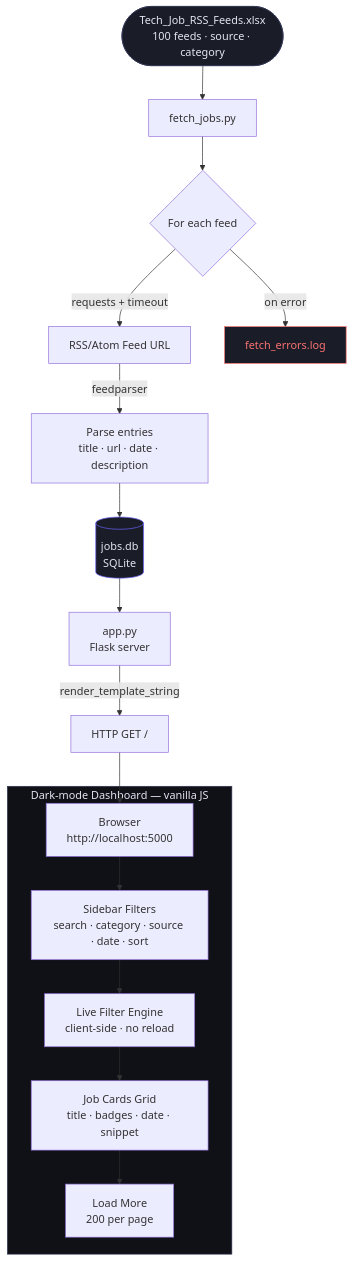
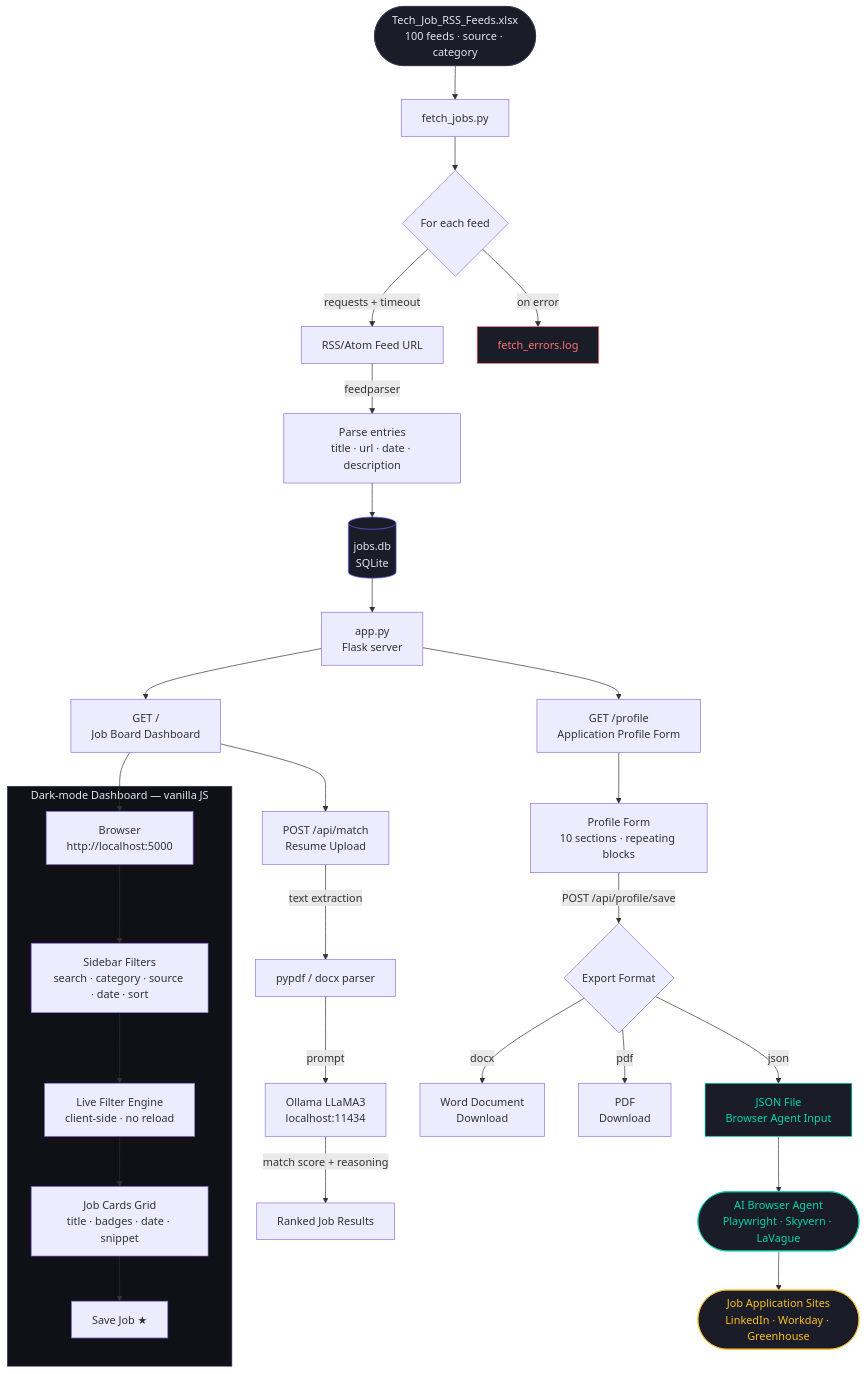
The diagram in README.md (ekuelkpodar/JobAgents), drawn with Mermaid before and after one commit. The commit also changed other lines of this file and 2 other files, not shown here.

First line of the commit message:
Add AI resume matching, application profile, and auto-apply features

````diff
--- a/README.md
+++ b/README.md
@@ -88,27 +113,46 @@
 ```mermaid
 flowchart TD
     A([Tech_Job_RSS_Feeds.xlsx\n100 feeds · source · category]) --> B[fetch_jobs.py]
 
     B --> C{For each feed}
     C -->|requests + timeout| D[RSS/Atom Feed URL]
     D -->|feedparser| E[Parse entries\ntitle · url · date · description]
     E --> F[(jobs.db\nSQLite)]
     C -->|on error| G[fetch_errors.log]
 
     F --> H[app.py\nFlask server]
-    H -->|render_template_string| I[HTTP GET /]
+
+    H --> I[GET /\nJob Board Dashboard]
+    H --> I2[GET /profile\nApplication Profile Form]
 
     I --> J[Browser\nhttp://localhost:5000]
 
     subgraph Dashboard [Dark-mode Dashboard — vanilla JS]
         J --> K[Sidebar Filters\nsearch · category · source · date · sort]
         K --> L[Live Filter Engine\nclient-side · no reload]
         L --> M[Job Cards Grid\ntitle · badges · date · snippet]
-        M --> N[Load More\n200 per page]
+        M --> N[Save Job ★]
     end
+
+    I --> O[POST /api/match\nResume Upload]
+    O -->|text extraction| P[pypdf / docx parser]
+    P -->|prompt| Q[Ollama LLaMA3\nlocalhost:11434]
+    Q -->|match score + reasoning| R[Ranked Job Results]
+
+    I2 --> S[Profile Form\n10 sections · repeating blocks]
+    S -->|POST /api/profile/save| T{Export Format}
+    T -->|docx| U[Word Document\nDownload]
+    T -->|pdf| V[PDF\nDownload]
+    T -->|json| W[JSON File\nBrowser Agent Input]
+
+    W --> X([AI Browser Agent\nPlaywright · Skyvern · LaVague])
+    X --> Y([Job Application Sites\nLinkedIn · Workday · Greenhouse])
 
     style A fill:#1a1d27,color:#e2e4f0,stroke:#2e3350
     style F fill:#1a1d27,color:#e2e4f0,stroke:#6c63ff
     style Dashboard fill:#0f1117,color:#e2e4f0,stroke:#2e3350
     style G fill:#1a1d27,color:#f87171,stroke:#f87171
+    style W fill:#1a1d27,color:#00d4aa,stroke:#00d4aa
+    style X fill:#1a1d27,color:#00d4aa,stroke:#00d4aa
+    style Y fill:#1a1d27,color:#fbbf24,stroke:#fbbf24
 ```
````
